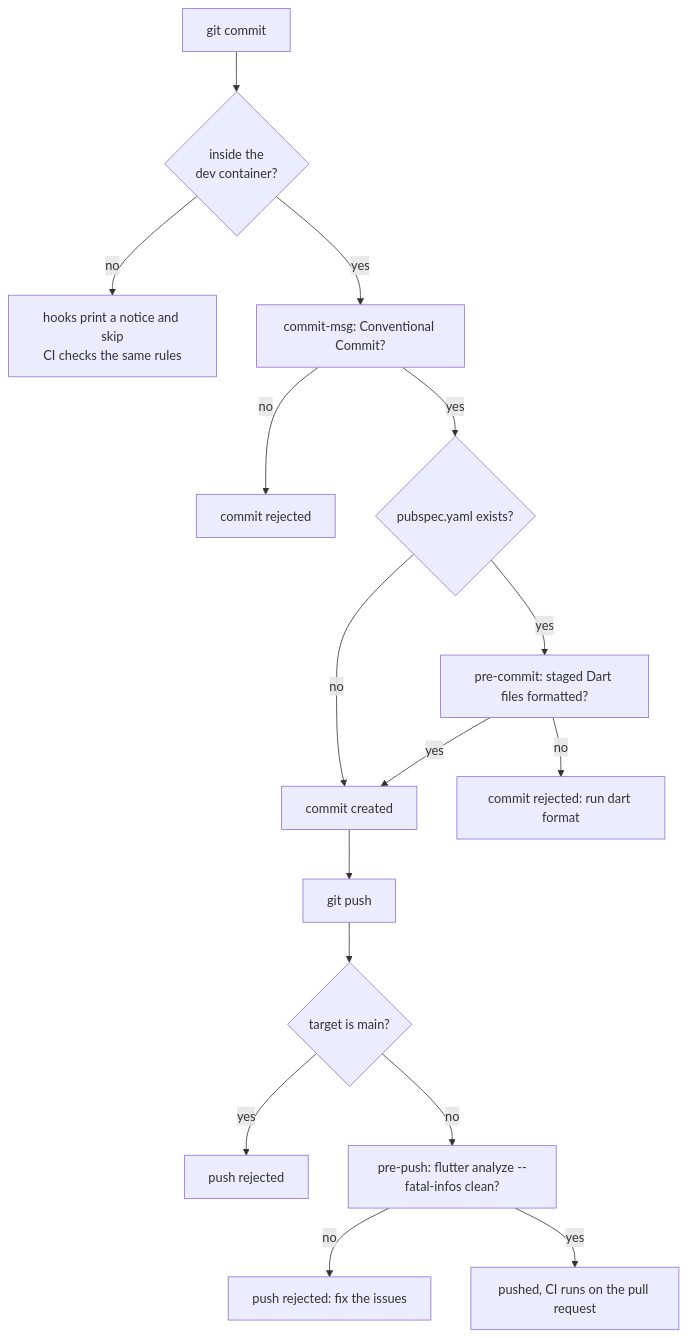
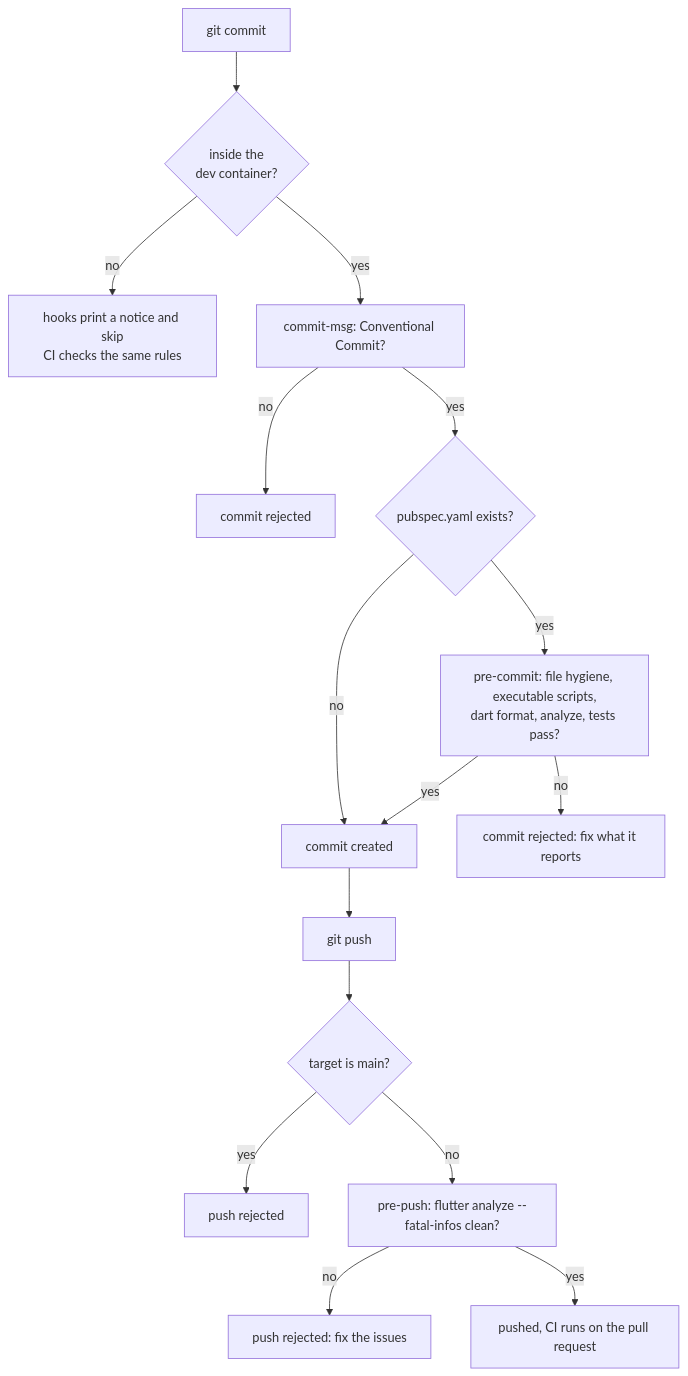
The seventh of 12 diagrams in README.md (alihaidar0/flutter-template), drawn with Mermaid before and after one commit. The commit also changed other lines of this file and 4 other files, not shown here.

First line of the commit message:
ci: run the CI checks on every commit and check script modes everywhere

````diff
--- a/README.md
+++ b/README.md
@@ -593,18 +594,18 @@
 ```mermaid
 flowchart TD
     C["git commit"] --> IN{"inside the<br/>dev container?"}
     IN -- no --> SK["hooks print a notice and skip<br/>CI checks the same rules"]
     IN -- yes --> M["commit-msg: Conventional Commit?"]
     M -- no --> X1["commit rejected"]
     M -- yes --> P{"pubspec.yaml exists?"}
     P -- no --> OK["commit created"]
-    P -- yes --> F["pre-commit: staged Dart files formatted?"]
-    F -- no --> X2["commit rejected: run dart format"]
+    P -- yes --> F["pre-commit: file hygiene, executable scripts,<br/>dart format, analyze, tests pass?"]
+    F -- no --> X2["commit rejected: fix what it reports"]
     F -- yes --> OK
     OK --> PU["git push"]
     PU --> MN{"target is main?"}
     MN -- yes --> X3["push rejected"]
     MN -- no --> AN["pre-push: flutter analyze --fatal-infos clean?"]
     AN -- no --> X4["push rejected: fix the issues"]
     AN -- yes --> DONE["pushed, CI runs on the pull request"]
 ```
````
